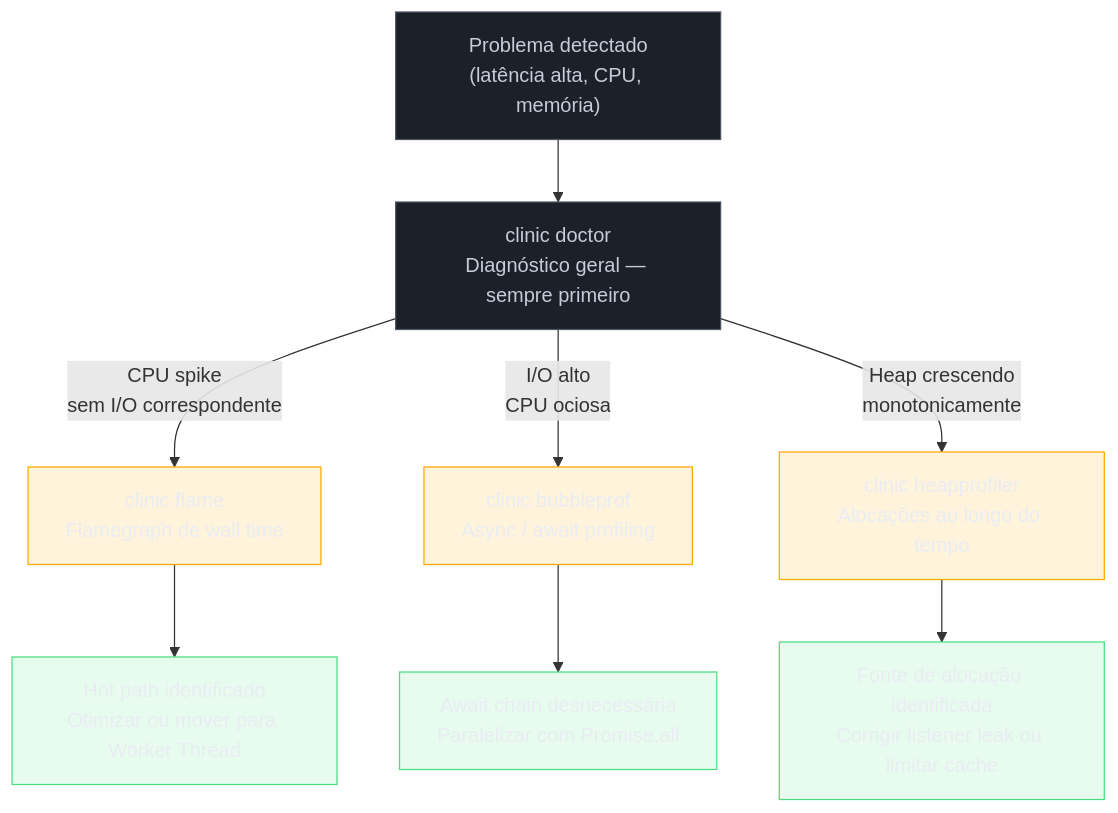
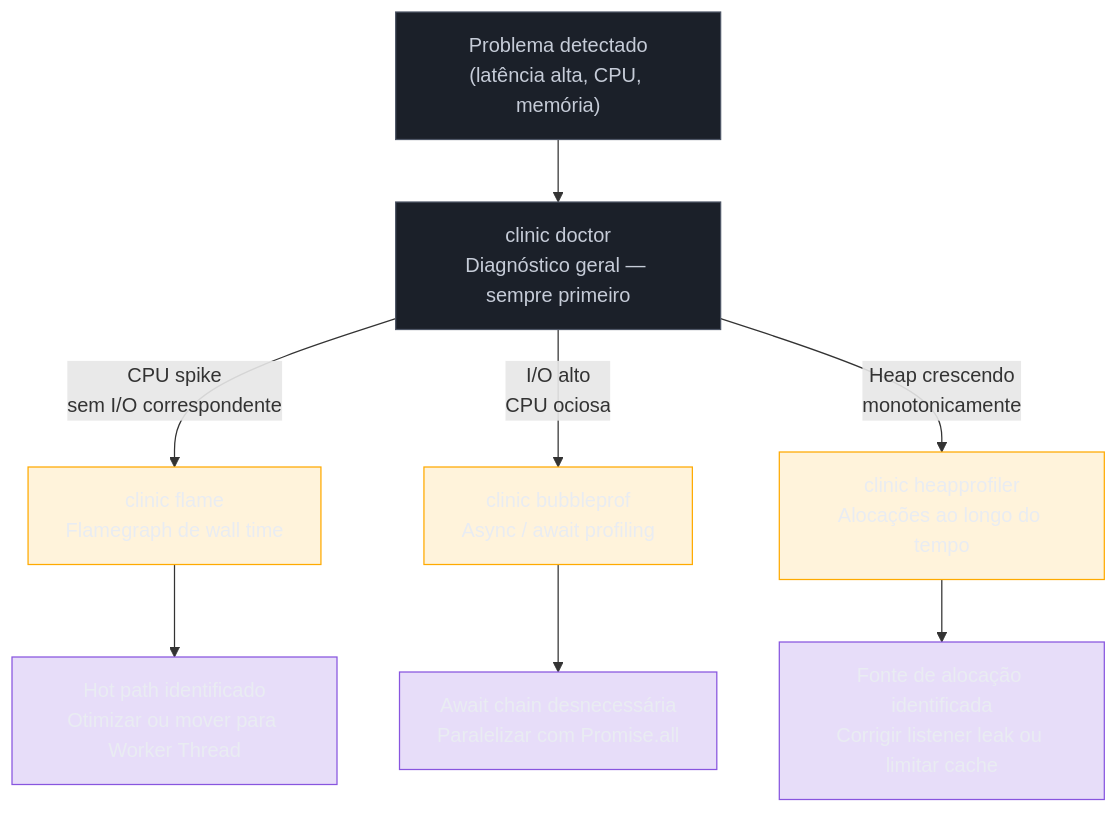
One commit to josenaldo/codex-technomanticus changed the diagram in 03-Dominios/Tecnologia/Node/Observability e produção/07 - Profiling avançado com clinic.js.md. Above: the diagram before and after it, drawn with Mermaid. The commit also changed 601 other files, not shown here.

````diff
--- a/03-Dominios/Tecnologia/Node/Observability e produção/07 - Profiling avançado com clinic.js.md
+++ b/03-Dominios/Tecnologia/Node/Observability e produção/07 - Profiling avançado com clinic.js.md
@@ -40,22 +40,22 @@
 ```mermaid
 flowchart TD
+    classDef marca fill:#8855DF33,stroke:#8855DF,color:#E9ECF2
     classDef neutro fill:#1B2029,stroke:#4E5666,color:#C6CCD8
     classDef destaque fill:#FFAA0024,stroke:#FFAA00,color:#E9ECF2
-    classDef ok fill:#4ADE8021,stroke:#4ADE80,color:#E9ECF2
     P["Problema detectado\n(latência alta, CPU, memória)"] --> D["clinic doctor\nDiagnóstico geral — sempre primeiro"]
     D -->|"CPU spike\nsem I/O correspondente"| F["clinic flame\nFlamegraph de wall time"]
     D -->|"I/O alto\nCPU ociosa"| B["clinic bubbleprof\nAsync / await profiling"]
     D -->|"Heap crescendo\nmonotonicamente"| H["clinic heapprofiler\nAlocações ao longo do tempo"]
     F --> R1["Hot path identificado\nOtimizar ou mover para Worker Thread"]
     B --> R2["Await chain desnecessária\nParalelizar com Promise.all"]
     H --> R3["Fonte de alocação identificada\nCorrigir listener leak ou limitar cache"]
 
     class P neutro
     class D neutro
     class F destaque
     class B destaque
     class H destaque
-    class R1 ok
-    class R2 ok
-    class R3 ok
+    class R1 marca
+    class R2 marca
+    class R3 marca
 ```
````
